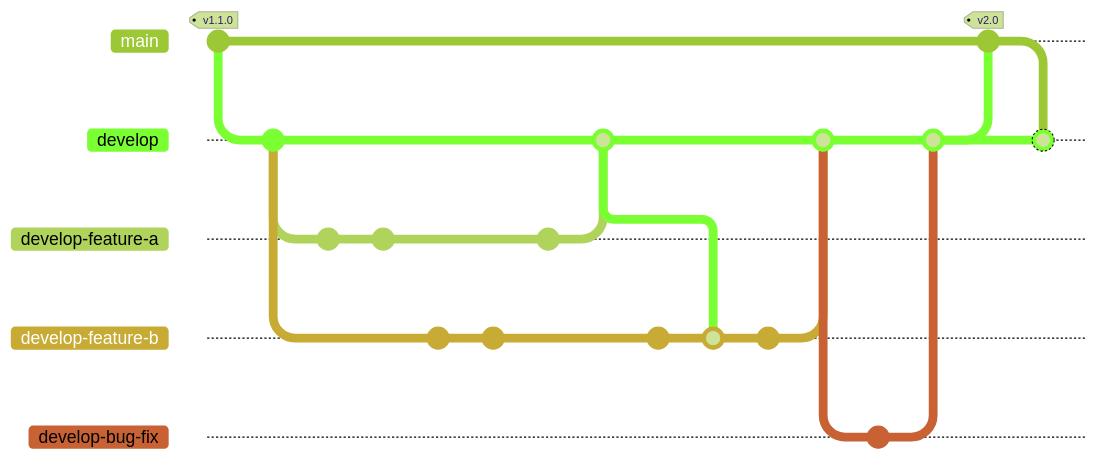
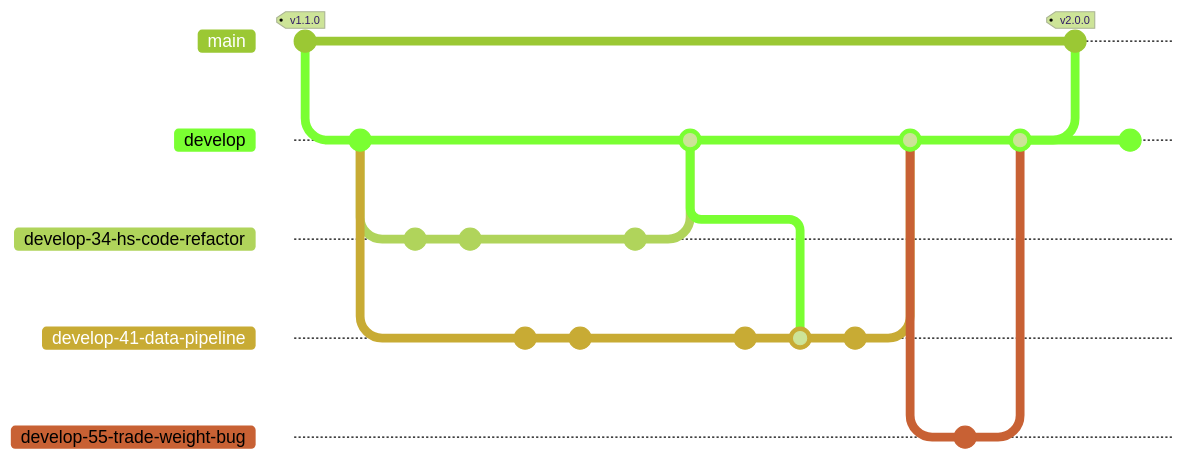
One commit to Seafood-Globalization-Lab/artis-model changed the diagram in CONTRIBUTING.md. Above: the diagram before and after it, drawn with Mermaid (forest theme). The commit also changed other lines of this file, not shown here. Commit ids are hidden.

````diff
--- a/CONTRIBUTING.md
+++ b/CONTRIBUTING.md
@@ -73,33 +103,32 @@
 ```mermaid
 gitGraph
    commit tag: "v1.1.0"
    branch develop
    checkout develop
    commit id: " "
-   branch develop-feature-a
-   commit id: "added x"
-   commit id: "fixed y"
+   branch develop-34-hs-code-refactor
+   commit id: "restructure hs codes"
+   commit id: "fix lookup table"
    checkout develop
-   branch develop-feature-b
-   commit id: "cleaned z"
-   commit id: "updated w"
-   checkout develop-feature-a
-   commit id: "documentation"
+   branch develop-41-data-pipeline
+   commit id: "clean raw data"
+   commit id: "update pipeline steps"
+   checkout develop-34-hs-code-refactor
+   commit id: "add documentation"
    checkout develop
-   merge develop-feature-a id: "merge reabsed feature-a"
-   checkout develop-feature-b
-   commit id: "document"
-   merge develop id: "bring in develop updates"
-   commit id: "added v"
+   merge develop-34-hs-code-refactor id: "merge rebased #34"
+   checkout develop-41-data-pipeline
+   commit id: "update docs"
+   merge develop id: "rebase onto develop"
+   commit id: "finalize pipeline"
    checkout develop
-   merge develop-feature-b id: "merge reabsed feature-b"
+   merge develop-41-data-pipeline id: "merge rebased #41"
+   branch develop-55-trade-weight-bug
+   commit id: "fix trade weight bug"
    checkout develop
-   branch develop-bug-fix
-   commit id: "bug-fix"
+   merge develop-55-trade-weight-bug id: "merge rebased #55"
+   checkout main
+   merge develop id: "Release v2.0.0" tag: "v2.0.0" type: NORMAL
    checkout develop
-   merge develop-bug-fix id: "merge reabsed bug fix"
-   checkout main
-   merge develop id: "Merge to release v2.0" tag: "v2.0" type: NORMAL 
-   checkout develop
-   merge main id: "long-lived develop branch"
+   commit id: "continue development"
 ```
````
